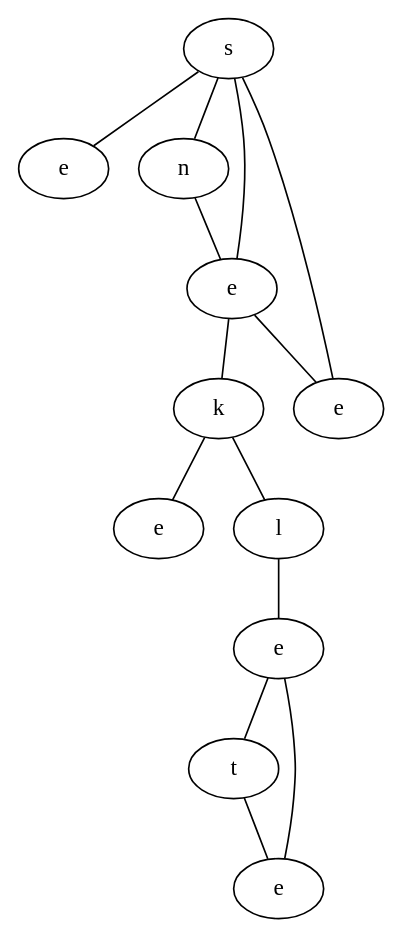
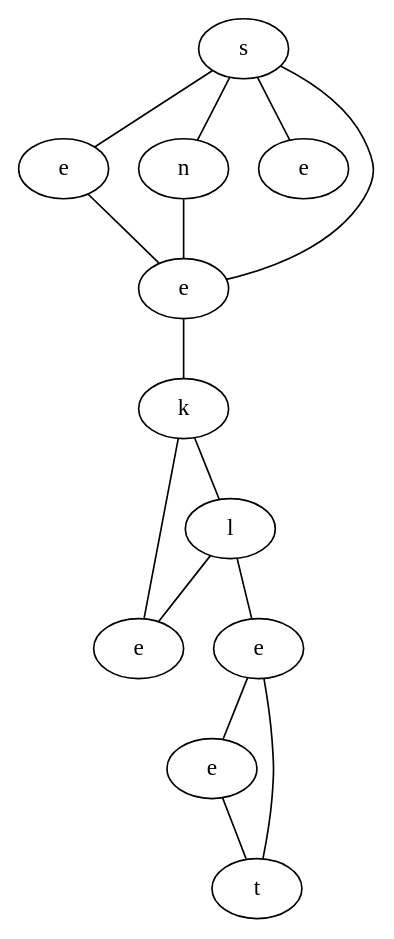
The diagram in data/VGLC/graph.dot (schrum2/MM-NEAT), drawn with Graphviz before and after one commit. The commit also changed 5 other files, not shown here.

```diff
--- a/data/VGLC/graph.dot
+++ b/data/VGLC/graph.dot
@@ -1,26 +1,27 @@
 graph {
-ctMF[label="s"]
-IkfM[label="e"]
-gFsw[label="n"]
-IHdf[label="e"]
-CswV[label="e"]
-MGXb[label="k"]
-NJHU[label="e"]
-oPMr[label="l"]
-JAUM[label="e"]
-wKtj[label="t"]
-WKrE[label="e"]
-ctMF -- IkfM
-ctMF -- gFsw
-ctMF -- IHdf
-ctMF -- CswV
-gFsw -- IHdf
-IHdf -- MGXb
-IHdf -- CswV
-MGXb -- NJHU
-MGXb -- oPMr
-oPMr -- JAUM
-JAUM -- wKtj
-JAUM -- WKrE
-wKtj -- WKrE
+LKlt[label="s"]
+bmDJ[label="e"]
+yeQT[label="n"]
+WXCG[label="e"]
+zqjk[label="e"]
+zpPs[label="k"]
+lqWd[label="l"]
+UEKB[label="e"]
+QAmM[label="e"]
+XoMt[label="e"]
+dtGI[label="t"]
+LKlt -- bmDJ
+LKlt -- yeQT
+LKlt -- WXCG
+LKlt -- zqjk
+bmDJ -- zqjk
+yeQT -- zqjk
+zqjk -- zpPs
+zpPs -- lqWd
+zpPs -- UEKB
+lqWd -- UEKB
+lqWd -- QAmM
+QAmM -- XoMt
+QAmM -- dtGI
+XoMt -- dtGI
 }
```
